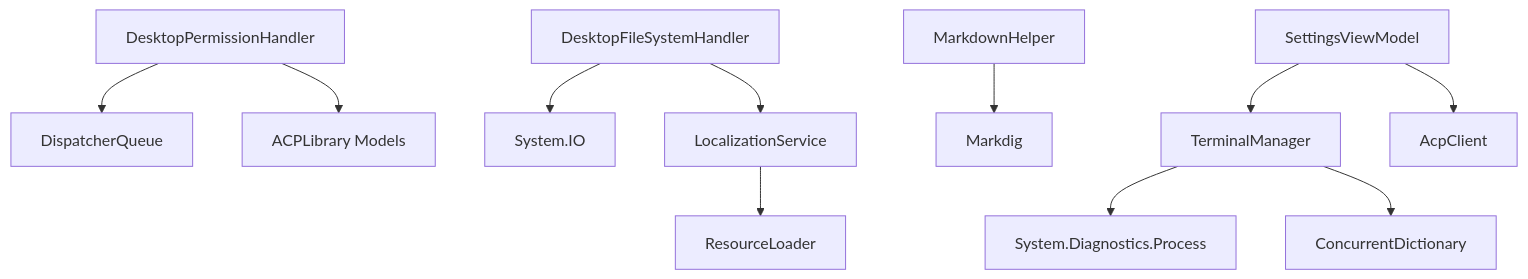
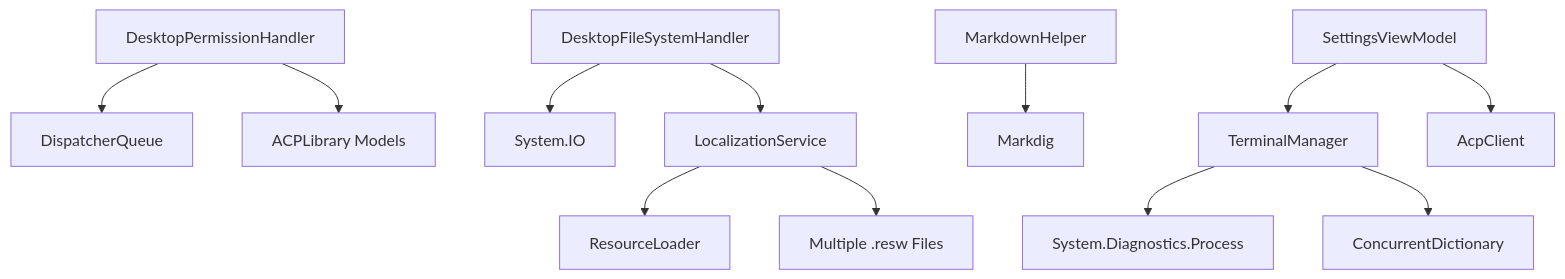
The seventh of 7 diagrams in .qoder/repowiki/en/content/API Reference/Services API/Services API.md (AgenticDesktop/App), drawn with Mermaid before and after one commit. The commit also changed other lines of this file and 108 other files, not shown here.

````diff
--- a/.qoder/repowiki/en/content/API Reference/Services API/Services API.md
+++ b/.qoder/repowiki/en/content/API Reference/Services API/Services API.md
@@ -345,13 +412,14 @@
 ```mermaid
 graph TB
 PH["DesktopPermissionHandler"] --> UIQ["DispatcherQueue"]
 PH --> ACPModels["ACPLibrary Models"]
 TM["TerminalManager"] --> Proc["System.Diagnostics.Process"]
 TM --> Conc["ConcurrentDictionary"]
 FSH["DesktopFileSystemHandler"] --> IO["System.IO"]
 FSH --> LS["LocalizationService"]
 LS --> Res["ResourceLoader"]
+LS --> RES["Multiple .resw Files"]
 MH["MarkdownHelper"] --> MD["Markdig"]
 VM_Settings["SettingsViewModel"] --> TM
 VM_Settings --> ACP["AcpClient"]
 ```
````
